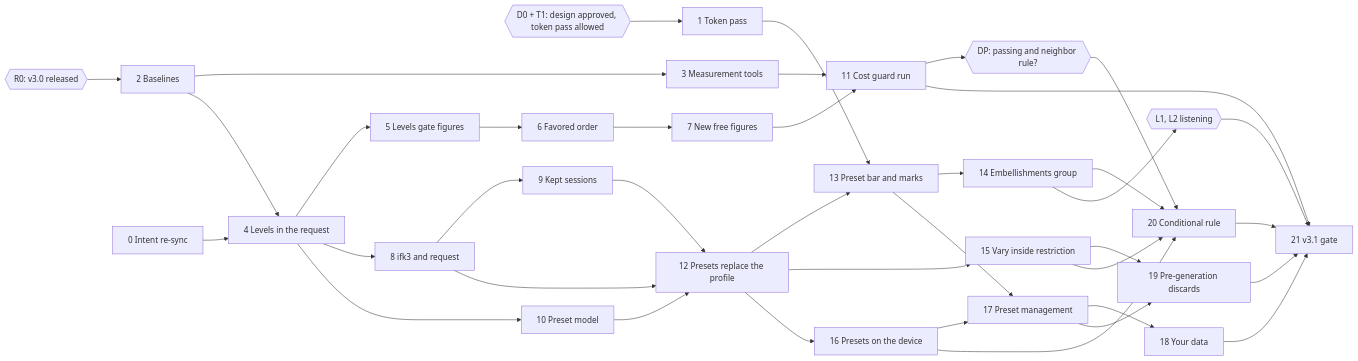
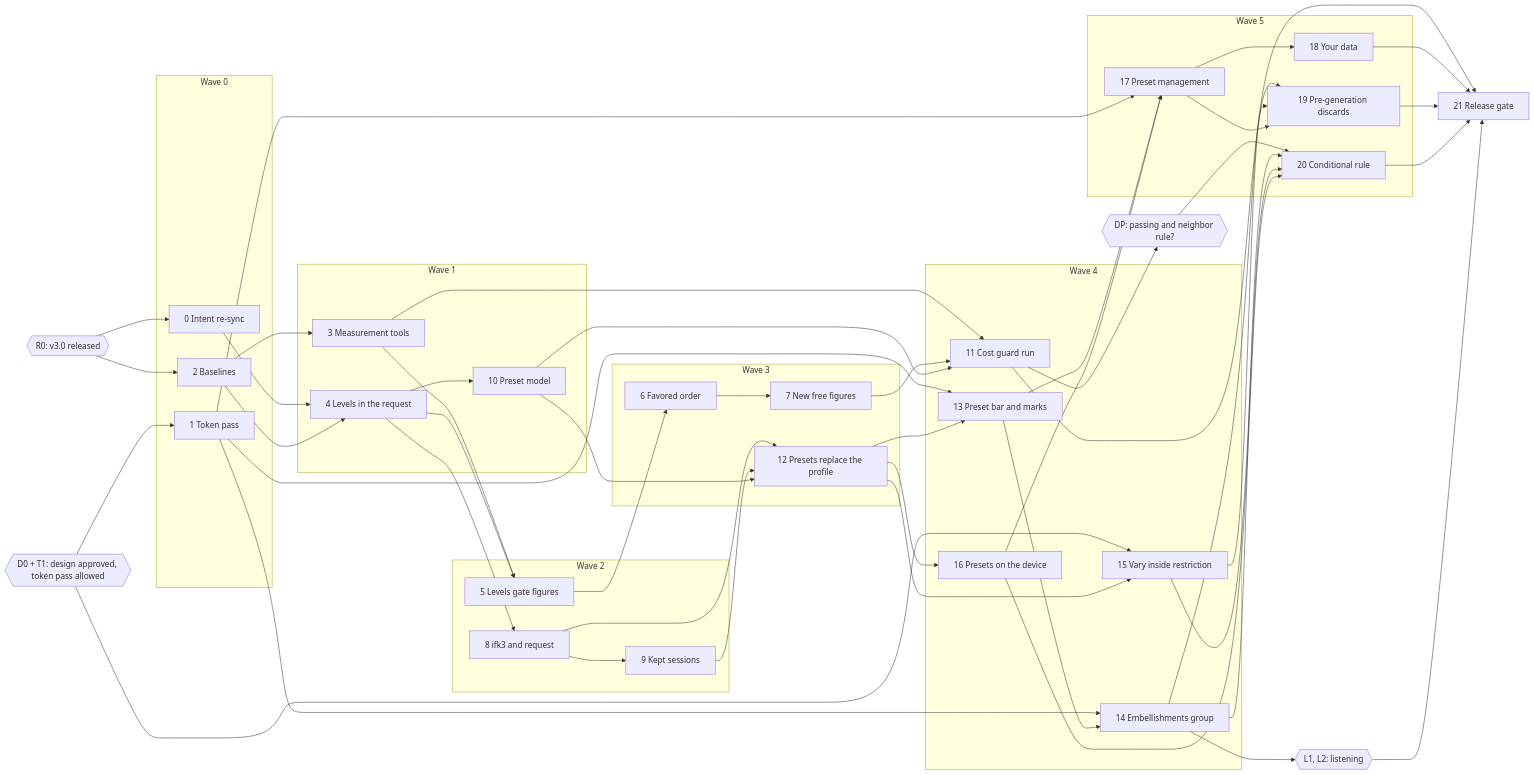
One commit to kluthen/infinite-flow changed the diagram in specs/versions/v3/build-plan-v3.1.md. Above: the diagram before and after it, drawn with Mermaid. The commit also changed other lines of this file, not shown here.

First line of the commit message:
Plan: v3.1 build plan v3, on the build-plan model, waves re-formed

````diff
--- a/specs/versions/v3/build-plan-v3.1.md
+++ b/specs/versions/v3/build-plan-v3.1.md
@@ -90,38 +82,83 @@
 ```mermaid
 flowchart LR
-  R0{{R0: v3.0 released}} --> C2[2 Baselines]
-  D0{{D0 + T1: design approved, token pass allowed}} --> C1[1 Token pass]
-  C0[0 Intent re-sync] --> C4[4 Levels in the request]
-  C2 --> C3[3 Measurement tools]
+  R0{{R0: v3.0 released}}
+  D0{{D0 + T1: design approved, token pass allowed}}
+  DP{{DP: passing and neighbor rule?}}
+  L{{L1, L2: listening}}
+  subgraph W0[Wave 0]
+    C0[0 Intent re-sync]
+    C1[1 Token pass]
+    C2[2 Baselines]
+  end
+  subgraph W1[Wave 1]
+    C3[3 Measurement tools]
+    C4[4 Levels in the request]
+    C10[10 Preset model]
+  end
+  subgraph W2[Wave 2]
+    C5[5 Levels gate figures]
+    C8[8 ifk3 and request]
+    C9[9 Kept sessions]
+  end
+  subgraph W3[Wave 3]
+    C6[6 Favored order]
+    C7[7 New free figures]
+    C12[12 Presets replace the profile]
+  end
+  subgraph W4[Wave 4]
+    C11[11 Cost guard run]
+    C13[13 Preset bar and marks]
+    C14[14 Embellishments group]
+    C15[15 Vary inside restriction]
+    C16[16 Presets on the device]
+  end
+  subgraph W5[Wave 5]
+    C17[17 Preset management]
+    C18[18 Your data]
+    C19[19 Pre-generation discards]
+    C20[20 Conditional rule]
+  end
+  C21[21 Release gate]
+  R0 --> C0
+  R0 --> C2
+  D0 --> C1
+  D0 --> C15
+  C0 --> C4
+  C2 --> C3
   C2 --> C4
-  C4 --> C5[5 Levels gate figures]
-  C5 --> C6[6 Favored order]
-  C6 --> C7[7 New free figures]
-  C4 --> C8[8 ifk3 and request]
-  C8 --> C9[9 Kept sessions]
-  C4 --> C10[10 Preset model]
-  C3 --> C11[11 Cost guard run]
+  C3 --> C5
+  C4 --> C5
+  C4 --> C8
+  C4 --> C10
+  C5 --> C6
+  C6 --> C7
+  C8 --> C9
+  C3 --> C11
   C7 --> C11
-  C11 --> DP{{DP: passing and neighbor rule?}}
-  C8 --> C12[12 Presets replace the profile]
+  C10 --> C11
+  C11 --> DP
+  C8 --> C12
   C9 --> C12
   C10 --> C12
-  C12 --> C13[13 Preset bar and marks]
   C1 --> C13
-  C13 --> C14[14 Embellishments group]
-  C12 --> C15[15 Vary inside restriction]
-  C12 --> C16[16 Presets on the device]
-  C16 --> C17[17 Preset management]
+  C12 --> C13
+  C1 --> C14
+  C13 --> C14
+  C12 --> C15
+  C12 --> C16
+  C14 --> L
+  C1 --> C17
   C13 --> C17
-  C17 --> C18[18 Your data]
-  C15 --> C19[19 Pre-generation discards]
+  C16 --> C17
+  C17 --> C18
+  C14 --> C19
+  C15 --> C19
   C17 --> C19
-  DP --> C20[20 Conditional rule]
+  DP --> C20
   C14 --> C20
   C15 --> C20
   C16 --> C20
-  C14 --> L{{L1, L2 listening}}
-  C11 --> C21[21 v3.1 gate]
+  C11 --> C21
   C18 --> C21
   C19 --> C21
   C20 --> C21
````
